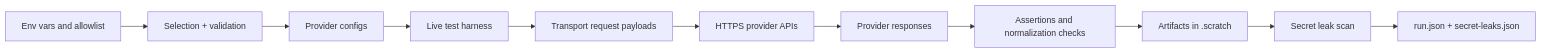
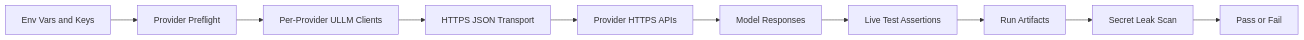
Before and after one commit to jaytaylor/attractor-tcl: the fourth of 5 diagrams in docs/sprints/SPRINT-004-comprehensive-implementation-plan.md, drawn with Mermaid. The commit also changed other lines of this file, not shown here.

````diff
--- a/docs/sprints/SPRINT-004-comprehensive-implementation-plan.md
+++ b/docs/sprints/SPRINT-004-comprehensive-implementation-plan.md
@@ -936,13 +1683,12 @@
 ```mermaid
 flowchart LR
-  ENV[Env vars and allowlist] --> PREFLIGHT[Selection + validation]
-  PREFLIGHT --> CFG[Provider configs]
-  CFG --> HARNESS[Live test harness]
-  HARNESS --> REQ[Transport request payloads]
-  REQ --> NET[HTTPS provider APIs]
-  NET --> RESP[Provider responses]
-  RESP --> ASSERT[Assertions and normalization checks]
-  ASSERT --> ART[Artifacts in .scratch]
-  ART --> SCAN[Secret leak scan]
-  SCAN --> FINAL[run.json + secret-leaks.json]
+  ENV[Env Vars and Keys] --> PREFLIGHT[Provider Preflight]
+  PREFLIGHT --> CLIENTS[Per-Provider ULLM Clients]
+  CLIENTS --> TRANSPORT[HTTPS JSON Transport]
+  TRANSPORT --> PROVIDERS[Provider HTTPS APIs]
+  PROVIDERS --> RESPONSES[Model Responses]
+  RESPONSES --> TESTS[Live Test Assertions]
+  TESTS --> ARTIFACTS[Run Artifacts]
+  ARTIFACTS --> LEAKSCAN[Secret Leak Scan]
+  LEAKSCAN --> RESULT[Pass or Fail]
 ```
````
